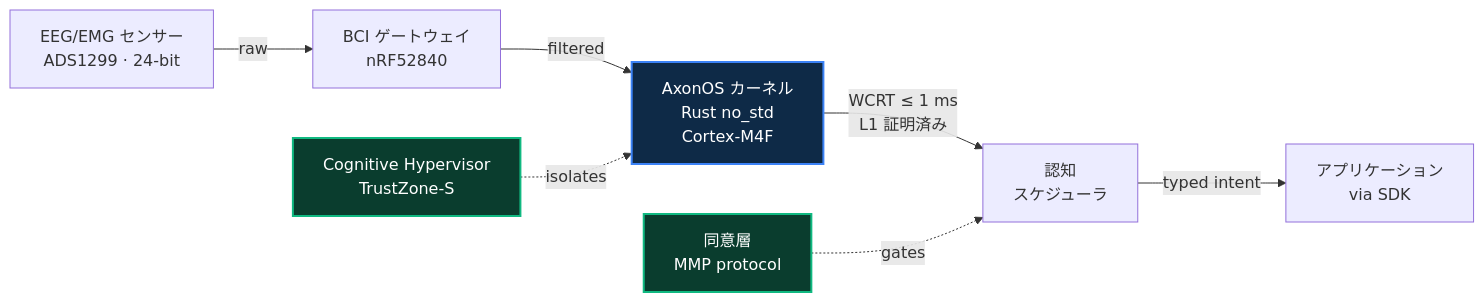
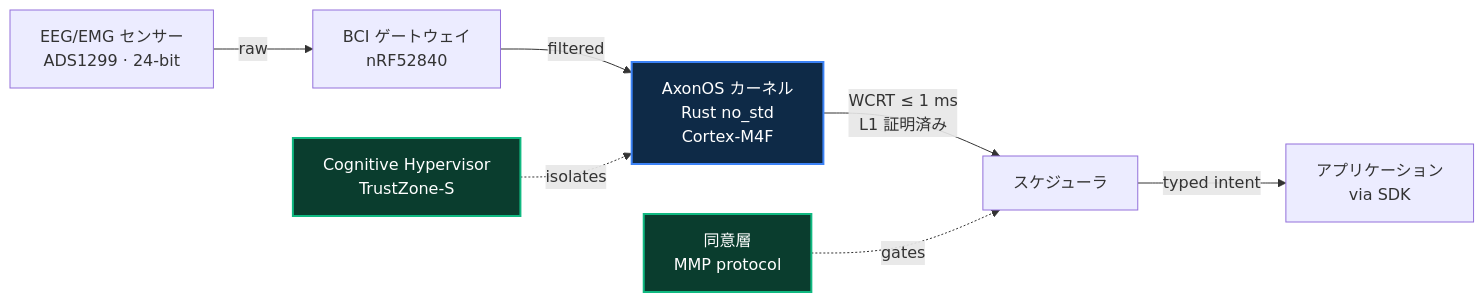
Before and after one commit to AxonOS-org/.github: the diagram in profile/README.ja.md, drawn with Mermaid. The commit also changed other lines of this file and 16 other files, not shown here.

````diff
--- a/profile/README.ja.md
+++ b/profile/README.ja.md
@@ -121,14 +124,14 @@
 ```mermaid
 flowchart LR
     A[EEG/EMG センサー<br/>ADS1299 · 24-bit] -->|raw| B[BCI ゲートウェイ<br/>nRF52840]
     B -->|filtered| C[AxonOS カーネル<br/>Rust no_std<br/>Cortex-M4F]
-    C -->|"WCRT ≤ 1 ms<br/>L1 証明済み"| D[認知<br/>スケジューラ]
+    C -->|"WCRT ≤ 1 ms<br/>L1 証明済み"| D[スケジューラ]
     D -->|typed intent| E[アプリケーション<br/>via SDK]
     F[Cognitive Hypervisor<br/>TrustZone-S] -.->|isolates| C
     G[同意層<br/>MMP protocol] -.->|gates| D
 
     classDef kernel fill:#0e2a47,stroke:#3b82f6,color:#fff,stroke-width:2px
     classDef secure fill:#0a3d2e,stroke:#10b981,color:#fff,stroke-width:2px
     class C kernel
     class F,G secure
 ```
````
